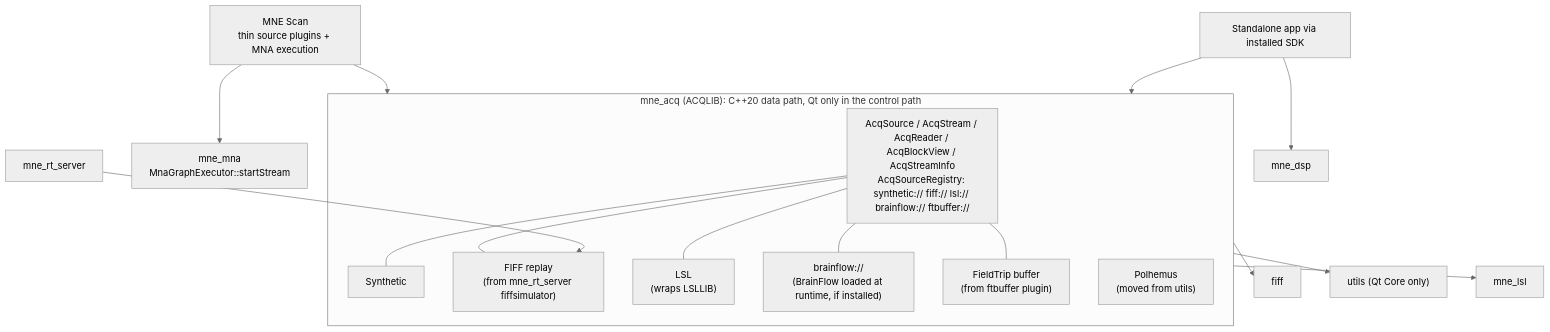
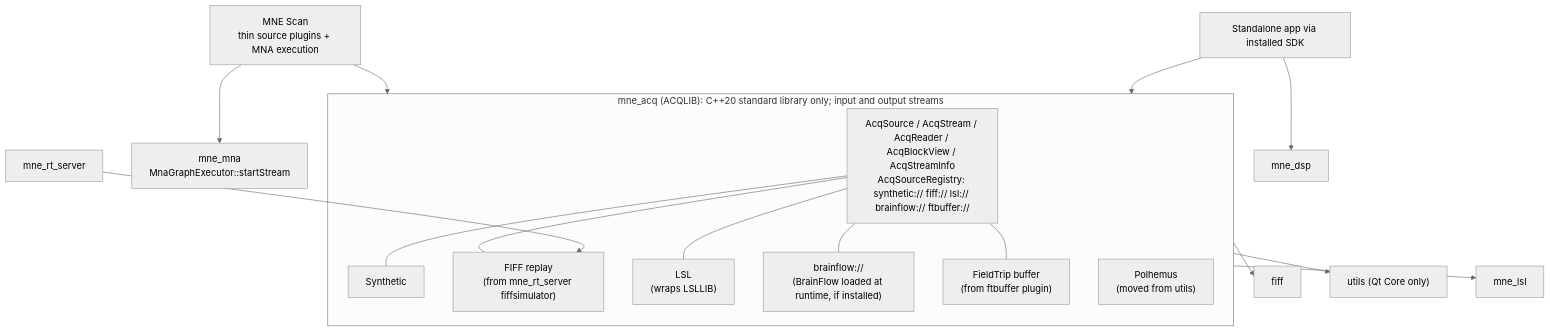
The first of 2 diagrams in doc/dev-notes/v2.5.0-requirements.md (chdinh/mne-cpp), drawn with Mermaid (neutral theme) before and after one commit. The commit also changed other lines of this file, not shown here.

Commit message:
DOC: v2.5.0 std-only mne_acq, output direction (D13), throughput rules

````diff
--- a/doc/dev-notes/v2.5.0-requirements.md
+++ b/doc/dev-notes/v2.5.0-requirements.md
@@ -145,18 +145,18 @@
 ```mermaid
 flowchart TB
-  subgraph acq["mne_acq (ACQLIB): C++20 data path, Qt only in the control path"]
+  subgraph acq["mne_acq (ACQLIB): C++20 standard library only; input and output streams"]
     API["AcqSource / AcqStream / AcqReader / AcqBlockView / AcqStreamInfo<br/>AcqSourceRegistry: synthetic:// fiff:// lsl:// brainflow:// ftbuffer://"]
     SYN[Synthetic]
     REP["FIFF replay<br/>(from mne_rt_server fiffsimulator)"]
     LSL["LSL<br/>(wraps LSLLIB)"]
     BF["brainflow://<br/>(BrainFlow loaded at runtime, if installed)"]
     FT["FieldTrip buffer<br/>(from ftbuffer plugin)"]
     POL["Polhemus<br/>(moved from utils)"]
   end
   API --- SYN & REP & LSL & BF & FT
   acq --> fiff & utils["utils (Qt Core only)"] & lsl[mne_lsl]
   Scan["MNE Scan<br/>thin source plugins + MNA execution"] --> acq
   Scan --> MNA["mne_mna<br/>MnaGraphExecutor::startStream"]
   RT["mne_rt_server"] --> REP
   App["Standalone app via installed SDK"] --> acq & dsp[mne_dsp]
 ```
````
